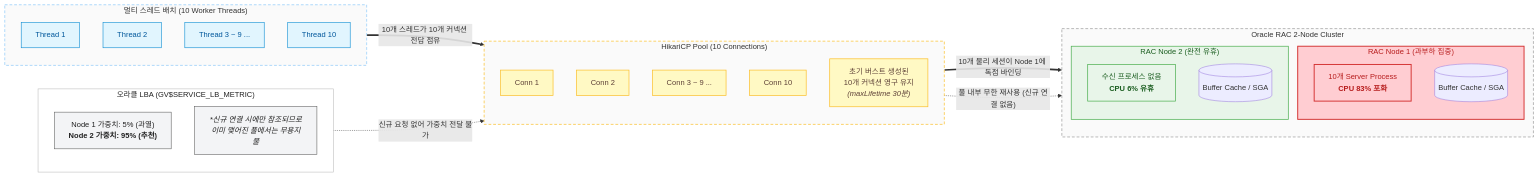
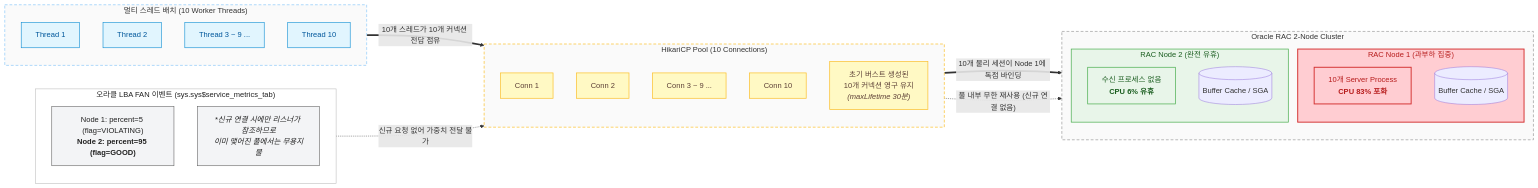
One commit to djpibo/djpibo.github.io changed the first of 3 diagrams in docs/dbms/oracle/oracle-rac-hikaricp-affinity-and-maxlifetime.md. Above: the diagram before and after it, drawn with Mermaid. The commit also changed other lines of this file, not shown here.

Commit message:
docs(oracle): correct rac lba table to sys.sys and dba_services per oracle docs

````diff
--- a/docs/dbms/oracle/oracle-rac-hikaricp-affinity-and-maxlifetime.md
+++ b/docs/dbms/oracle/oracle-rac-hikaricp-affinity-and-maxlifetime.md
@@ -41,59 +41,59 @@
 ```mermaid
 flowchart LR
     subgraph MultiBatch["멀티 스레드 배치 (10 Worker Threads)"]
         direction TB
         T1["Thread 1"]
         T2["Thread 2"]
         TDots["Thread 3 ~ 9 ..."]
         T10["Thread 10"]
     end
 
     subgraph HikariPool["HikariCP Pool (10 Connections)"]
         direction TB
         C1["Conn 1"]
         C2["Conn 2"]
         CDots["Conn 3 ~ 9 ..."]
         C10["Conn 10"]
         PoolNote["초기 버스트 생성된<br/>10개 커넥션 영구 유지<br/><i>(maxLifetime 30분)</i>"]
     end
 
     subgraph RACCluster["Oracle RAC 2-Node Cluster"]
         direction TB
         subgraph Node1["RAC Node 1 (과부하 집중)"]
             P1["10개 Server Process<br/><b>CPU 83% 포화</b>"]
             SGA1[("Buffer Cache / SGA")]
         end
         subgraph Node2["RAC Node 2 (완전 유휴)"]
             P2["수신 프로세스 없음<br/><b>CPU 6% 유휴</b>"]
             SGA2[("Buffer Cache / SGA")]
         end
     end
 
-    subgraph Advisory["오라클 LBA (GV$SERVICE_LB_METRIC)"]
+    subgraph Advisory["오라클 LBA FAN 이벤트 (sys.sys$service_metrics_tab)"]
         direction TB
-        LBA["Node 1 가중치: 5% (과열)<br/><b>Node 2 가중치: 95% (추천)</b>"]
-        LBANote["<i>*신규 연결 시에만 참조되므로<br/>이미 맺어진 풀에서는 무용지물</i>"]
+        LBA["Node 1: percent=5 (flag=VIOLATING)<br/><b>Node 2: percent=95 (flag=GOOD)</b>"]
+        LBANote["<i>*신규 연결 시에만 리스너가 참조하므로<br/>이미 맺어진 풀에서는 무용지물</i>"]
     end
 
     MultiBatch ==>|"10개 스레드가 10개 커넥션 전담 점유"| HikariPool
     HikariPool ==>|"10개 물리 세션이 Node 1에 독점 바인딩"| P1
     HikariPool -. "풀 내부 무한 재사용 (신규 연결 없음)" .-> P2
     Advisory -. "신규 요청 없어 가중치 전달 불가" .-> HikariPool
 
     classDef thread fill:#E1F5FE,stroke:#0288D1,stroke-width:1.2px,color:#01579B;
     classDef pool fill:#FFF9C4,stroke:#FBC02D,stroke-width:1.5px,color:#5D4037;
     classDef node1 fill:#FFCDD2,stroke:#D32F2F,stroke-width:2px,color:#B71C1C;
     classDef node2 fill:#E8F5E9,stroke:#4CAF50,stroke-width:1.5px,color:#1B5E20;
     classDef lba fill:#F3F4F6,stroke:#616161,stroke-width:1.2px,color:#212121;
 
     class T1,T2,TDots,T10 thread;
     class C1,C2,CDots,C10,PoolNote pool;
     class Node1,P1 node1;
     class Node2,P2 node2;
     class Advisory,LBA,LBANote lba;
 
     style MultiBatch fill:#FAFAFA,stroke:#90CAF9,stroke-width:1.5px,stroke-dasharray: 6 4
     style HikariPool fill:#FAFAFA,stroke:#FBC02D,stroke-width:1.5px,stroke-dasharray: 6 4
     style RACCluster fill:#FAFAFA,stroke:#9E9E9E,stroke-width:1.5px,stroke-dasharray: 6 4
     style Advisory fill:#FFFFFF,stroke:#BDBDBD,stroke-width:1.2px
 ```
````
